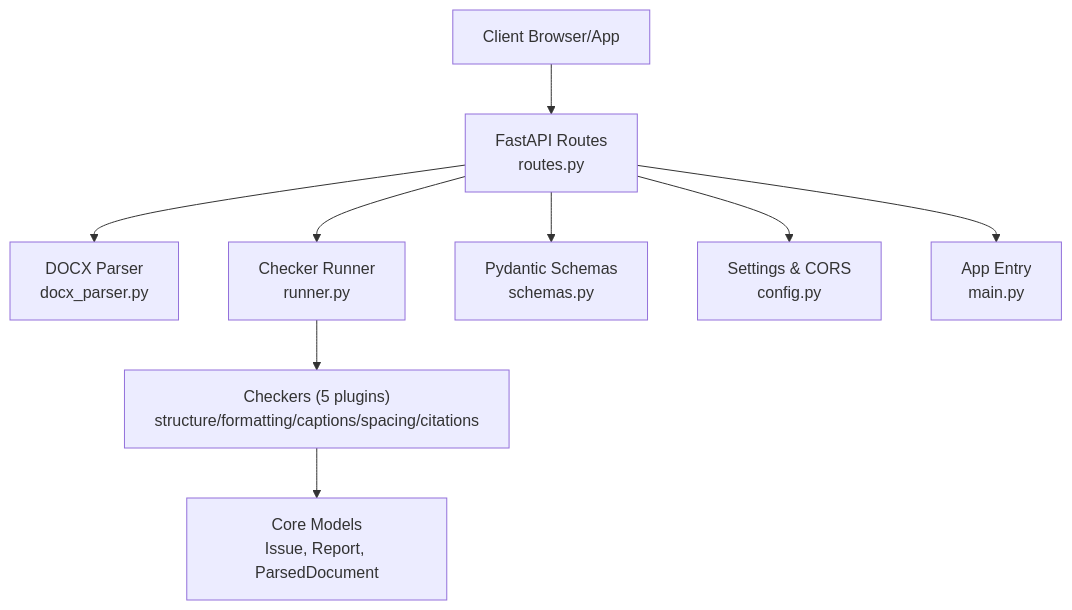
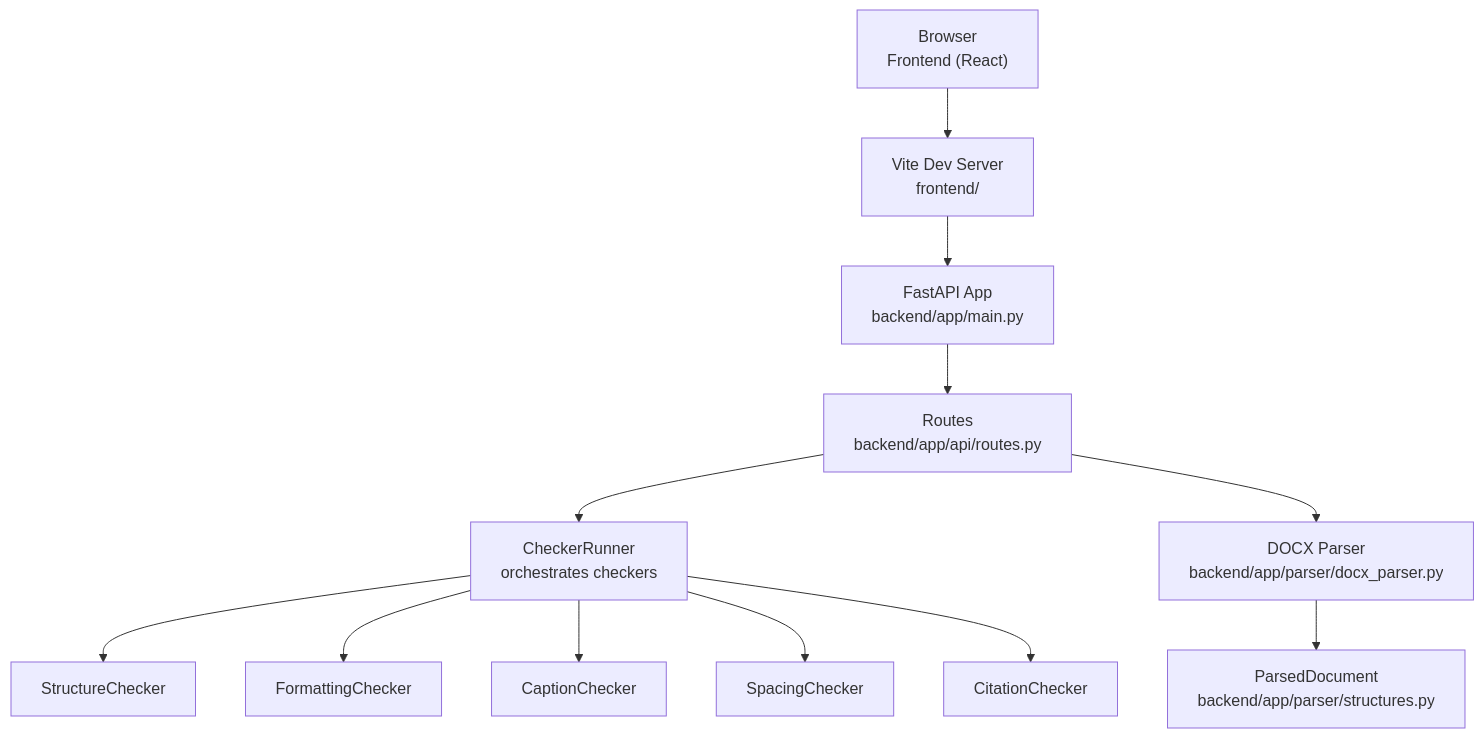
The diagram in .qoder/repowiki/en/content/Getting Started.md (geekeraman/dissertation-checker), drawn with Mermaid before and after one commit. The commit also changed other lines of this file and 88 other files, not shown here.

Commit message:
feat: enhance all checkers with GOST 7.32-2017 requirements — heading centering, paragraph indent, page breaks, Kazakh caption format, citation consistency, abstract word count, fix parser bugs (Twips, false sections)

````diff
--- a/.qoder/repowiki/en/content/Getting Started.md
+++ b/.qoder/repowiki/en/content/Getting Started.md
@@ -104,11 +139,14 @@
 ```mermaid
 graph TB
-Client["Client Browser/App"] --> API["FastAPI Routes<br/>routes.py"]
-API --> Parser["DOCX Parser<br/>docx_parser.py"]
-API --> Runner["Checker Runner<br/>runner.py"]
-Runner --> Checkers["Checkers (5 plugins)<br/>structure/formatting/captions/spacing/citations"]
-Checkers --> Models["Core Models<br/>Issue, Report, ParsedDocument"]
-API --> Schemas["Pydantic Schemas<br/>schemas.py"]
-API --> Config["Settings & CORS<br/>config.py"]
-API --> Main["App Entry<br/>main.py"]
+Browser["Browser<br/>Frontend (React)"] --> FE["Vite Dev Server<br/>frontend/"]
+FE --> API["FastAPI App<br/>backend/app/main.py"]
+API --> Routes["Routes<br/>backend/app/api/routes.py"]
+Routes --> Runner["CheckerRunner<br/>orchestrates checkers"]
+Runner --> Structure["StructureChecker"]
+Runner --> Formatting["FormattingChecker"]
+Runner --> Captions["CaptionChecker"]
+Runner --> Spacing["SpacingChecker"]
+Runner --> Citations["CitationChecker"]
+Routes --> Parser["DOCX Parser<br/>backend/app/parser/docx_parser.py"]
+Parser --> Models["ParsedDocument<br/>backend/app/parser/structures.py"]
 ```
````
